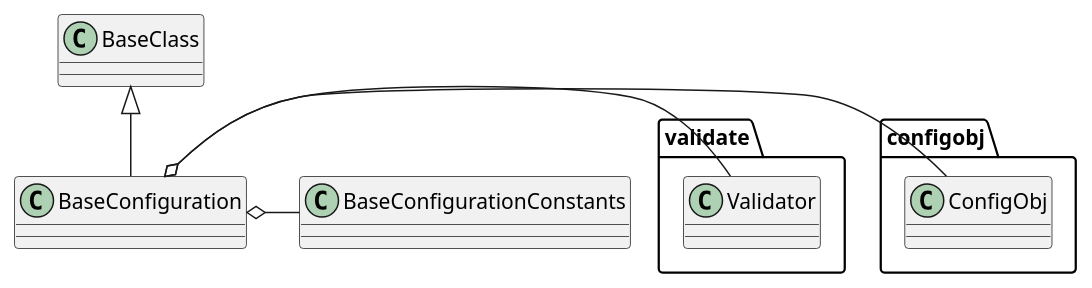
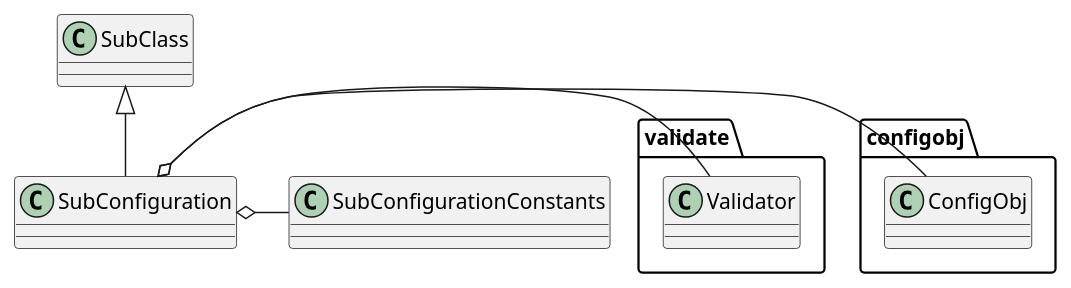
Before and after one commit to russell-n/theape: the second of 3 diagrams in ape/plugins/base_plugin.rst, drawn with PlantUML. The commit also changed other lines of this file and 29 other files, not shown here.

Commit message:
Added a SubConfiguration to the base_plugin module so that configurations without product attributes can be created

```diff
--- a/ape/plugins/base_plugin.rst
+++ b/ape/plugins/base_plugin.rst
@@ -165,6 +162,6 @@
 .. uml::
 
-   BaseClass <|-- BaseConfiguration
-   BaseConfiguration o- validate.Validator
-   BaseConfiguration o- configobj.ConfigObj
-   BaseConfiguration o- BaseConfigurationConstants   
+   SubClass <|-- SubConfiguration
+   SubConfiguration o- validate.Validator
+   SubConfiguration o- configobj.ConfigObj
+   SubConfiguration o- SubConfigurationConstants   
```
